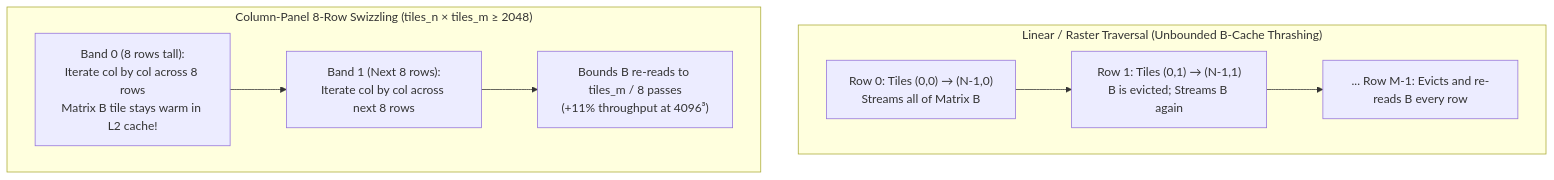
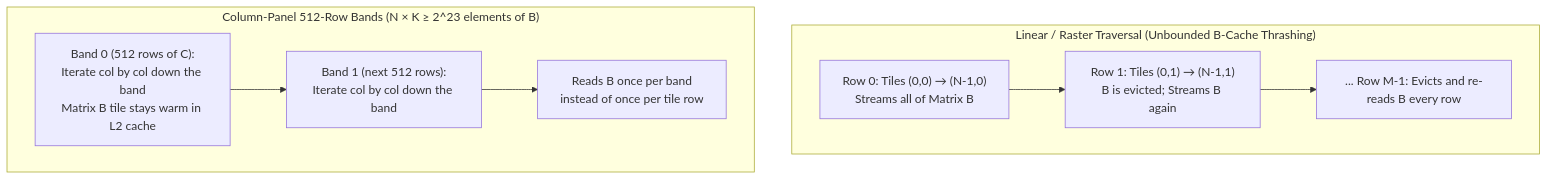
The third of 8 diagrams in docs/architecture.md (bharathvbcr/tessl), drawn with Mermaid before and after one commit. The commit also changed other lines of this file and 7 other files, not shown here.

First line of the commit message:
docs: describe the shipped walk, split-K and tile rule; cite only stable rows

````diff
--- a/docs/architecture.md
+++ b/docs/architecture.md
@@ -119,12 +119,12 @@
 ```mermaid
 flowchart TD
     subgraph Raster["Linear / Raster Traversal (Unbounded B-Cache Thrashing)"]
         direction LR
         L0["Row 0: Tiles (0,0) → (N-1,0)<br/>Streams all of Matrix B"] --> L1["Row 1: Tiles (0,1) → (N-1,1)<br/>B is evicted; Streams B again"] --> L2["... Row M-1: Evicts and re-reads B every row"]
     end
 
-    subgraph Swizzled["Column-Panel 8-Row Swizzling (tiles_n × tiles_m ≥ 2048)"]
+    subgraph Swizzled["Column-Panel 512-Row Bands (N × K ≥ 2^23 elements of B)"]
         direction LR
-        S0["Band 0 (8 rows tall):<br/>Iterate col by col across 8 rows<br/>Matrix B tile stays warm in L2 cache!"] --> S1["Band 1 (Next 8 rows):<br/>Iterate col by col across next 8 rows"] --> S2["Bounds B re-reads to tiles_m / 8 passes<br/>(+11% throughput at 4096³)"]
+        S0["Band 0 (512 rows of C):<br/>Iterate col by col down the band<br/>Matrix B tile stays warm in L2 cache"] --> S1["Band 1 (next 512 rows):<br/>Iterate col by col down the band"] --> S2["Reads B once per band<br/>instead of once per tile row"]
     end
 ```
````
